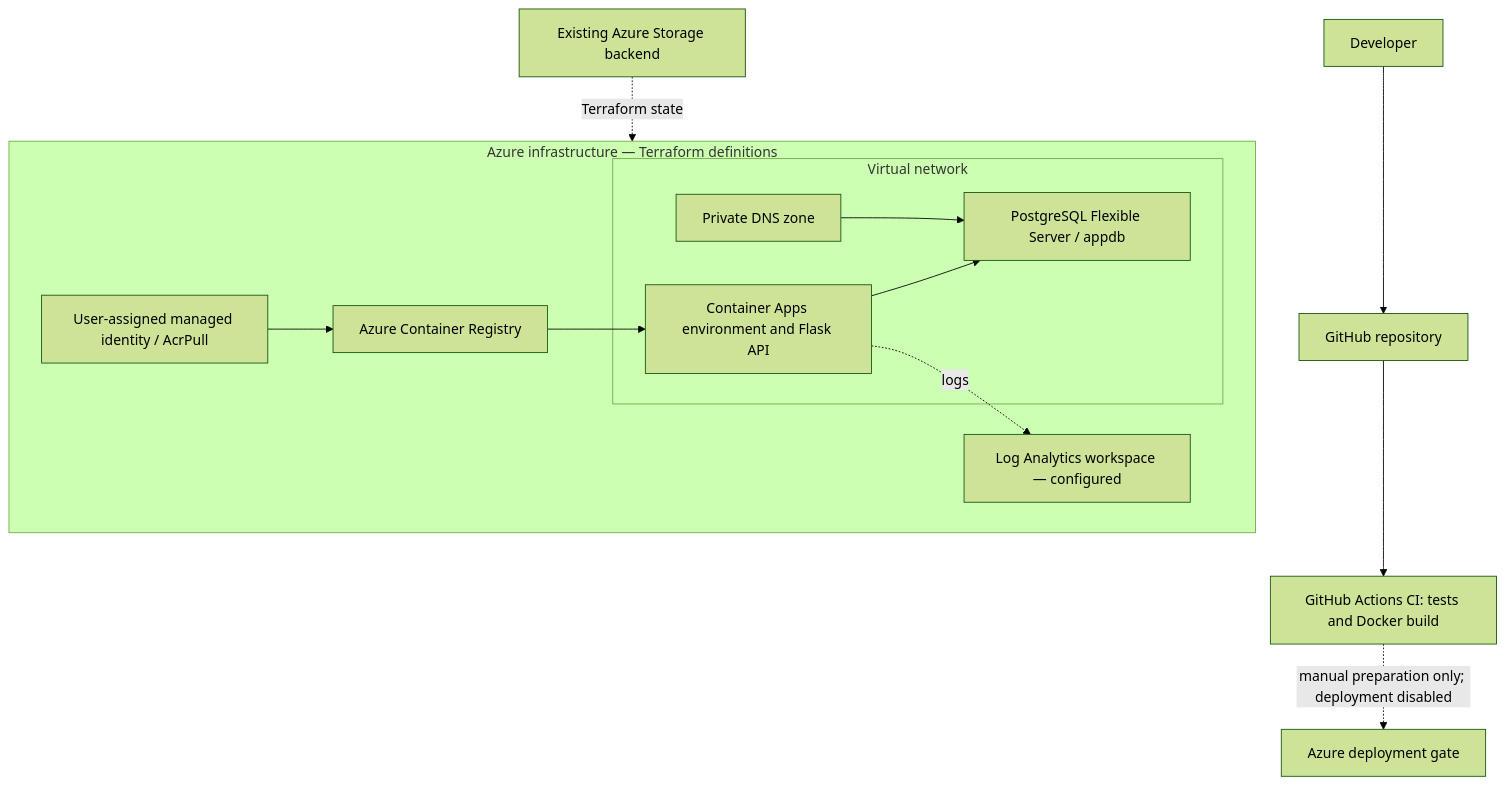
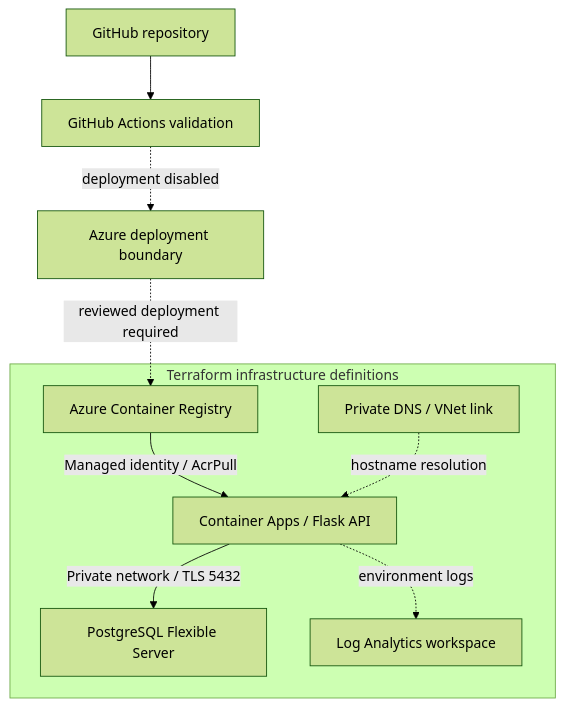
The diagram in README.md (davidandrelee1-vader/azure-production-deployment), drawn with Mermaid (forest theme) before and after one commit. The commit also changed other lines of this file and 2 other files, not shown here.

````diff
--- a/README.md
+++ b/README.md
@@ -13,22 +13,12 @@
 ```mermaid
 flowchart TD
-    DEV[Developer] --> GH[GitHub repository]
-    GH --> CI[GitHub Actions CI: tests and Docker build]
-    CI -. manual preparation only; deployment disabled .-> CD[Azure deployment gate]
-    subgraph AZ[Azure infrastructure — Terraform definitions]
-      ACR[Azure Container Registry]
-      MI[User-assigned managed identity / AcrPull]
-      subgraph VNET[Virtual network]
-        ACA[Container Apps environment and Flask API]
-        PG[PostgreSQL Flexible Server / appdb]
-        DNS[Private DNS zone]
-      end
-      LAW[Log Analytics workspace — configured]
-      MI --> ACR
-      ACR --> ACA
-      ACA --> PG
-      DNS --> PG
-      ACA -. logs .-> LAW
+    GitHub[GitHub repository] --> CI[GitHub Actions validation]
+    CI -. deployment disabled .-> Azure[Azure deployment boundary]
+    subgraph Infrastructure[Terraform infrastructure definitions]
+      ACR[Azure Container Registry] -->|Managed identity / AcrPull| API[Container Apps / Flask API]
+      API -->|Private network / TLS 5432| PG[PostgreSQL Flexible Server]
+      DNS[Private DNS / VNet link] -. hostname resolution .-> API
+      API -. environment logs .-> LAW[Log Analytics workspace]
     end
-    STATE[Existing Azure Storage backend] -. Terraform state .-> AZ
+    Azure -. reviewed deployment required .-> ACR
 ```
````
